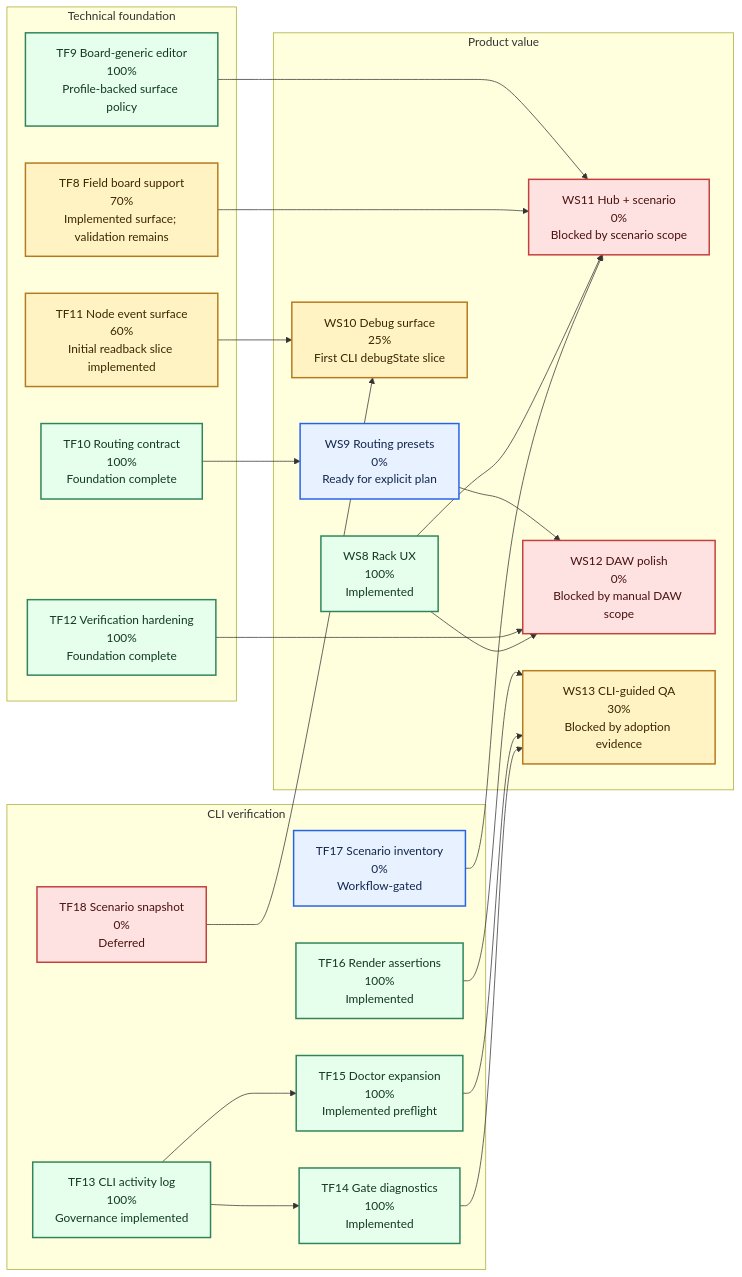
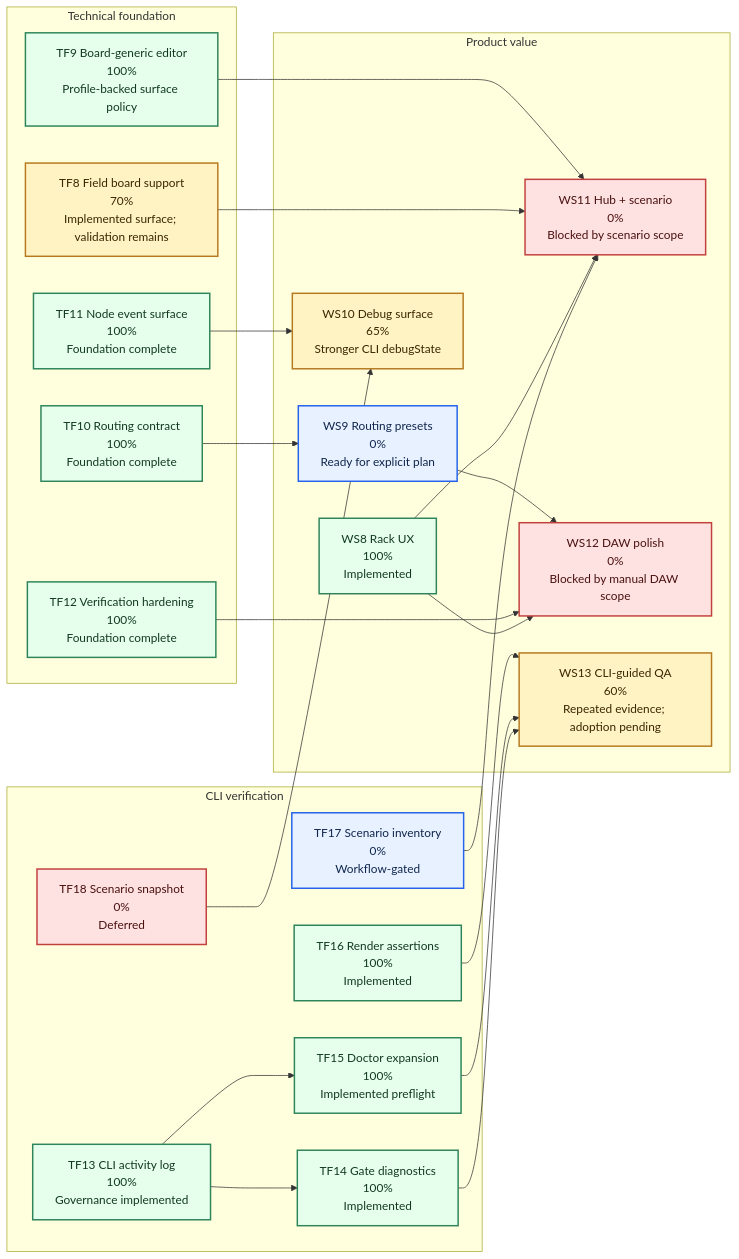
The first of 2 diagrams in DaisyHost/WORKSTREAM_TRACKER.md (Denys/DaisyExamples), drawn with Mermaid before and after one commit. The commit also changed other lines of this file and 33 other files, not shown here.

````diff
--- a/DaisyHost/WORKSTREAM_TRACKER.md
+++ b/DaisyHost/WORKSTREAM_TRACKER.md
@@ -161,55 +168,55 @@
 ```mermaid
 flowchart LR
   subgraph foundation["Technical foundation"]
     tf8["TF8 Field board support<br/>70%<br/>Implemented surface; validation remains"]
     tf9["TF9 Board-generic editor<br/>100%<br/>Profile-backed surface policy"]
     tf10["TF10 Routing contract<br/>100%<br/>Foundation complete"]
-    tf11["TF11 Node event surface<br/>60%<br/>Initial readback slice implemented"]
+    tf11["TF11 Node event surface<br/>100%<br/>Foundation complete"]
     tf12["TF12 Verification hardening<br/>100%<br/>Foundation complete"]
   end
 
   subgraph cli["CLI verification"]
     tf13["TF13 CLI activity log<br/>100%<br/>Governance implemented"]
     tf14["TF14 Gate diagnostics<br/>100%<br/>Implemented"]
     tf15["TF15 Doctor expansion<br/>100%<br/>Implemented preflight"]
     tf16["TF16 Render assertions<br/>100%<br/>Implemented"]
     tf17["TF17 Scenario inventory<br/>0%<br/>Workflow-gated"]
     tf18["TF18 Scenario snapshot<br/>0%<br/>Deferred"]
   end
 
   subgraph product["Product value"]
     ws8["WS8 Rack UX<br/>100%<br/>Implemented"]
     ws9["WS9 Routing presets<br/>0%<br/>Ready for explicit plan"]
-    ws10["WS10 Debug surface<br/>25%<br/>First CLI debugState slice"]
+    ws10["WS10 Debug surface<br/>65%<br/>Stronger CLI debugState"]
     ws11["WS11 Hub + scenario<br/>0%<br/>Blocked by scenario scope"]
     ws12["WS12 DAW polish<br/>0%<br/>Blocked by manual DAW scope"]
-    ws13["WS13 CLI-guided QA<br/>30%<br/>Blocked by adoption evidence"]
+    ws13["WS13 CLI-guided QA<br/>60%<br/>Repeated evidence; adoption pending"]
   end
 
   tf10 --> ws9
   tf11 --> ws10
   tf13 --> tf14
   tf13 --> tf15
   tf14 --> ws13
   tf15 --> ws13
   tf16 --> ws13
   tf17 --> ws11
   tf18 --> ws10
   ws8 --> ws11
   tf8 --> ws11
   tf9 --> ws11
   ws8 --> ws12
   tf12 --> ws12
   ws9 --> ws12
 
   classDef done fill:#e6ffed,stroke:#2f855a,color:#12391f,stroke-width:2px
   classDef partial fill:#fff3c4,stroke:#b7791f,color:#3b2600,stroke-width:2px
   classDef ready fill:#e8f1ff,stroke:#2563eb,color:#10264d,stroke-width:2px
   classDef blocked fill:#fde2e1,stroke:#c2413d,color:#4a1110,stroke-width:2px
 
   class ws8,tf9,tf10,tf12,tf13,tf14,tf15,tf16 done
-  class tf8,tf11,ws10 partial
+  class tf8,ws10,ws13 partial
   class ws9,tf17 ready
   class ws11,ws12,tf18 blocked
-  class ws13 partial
+  class tf11 done
 ```
````
